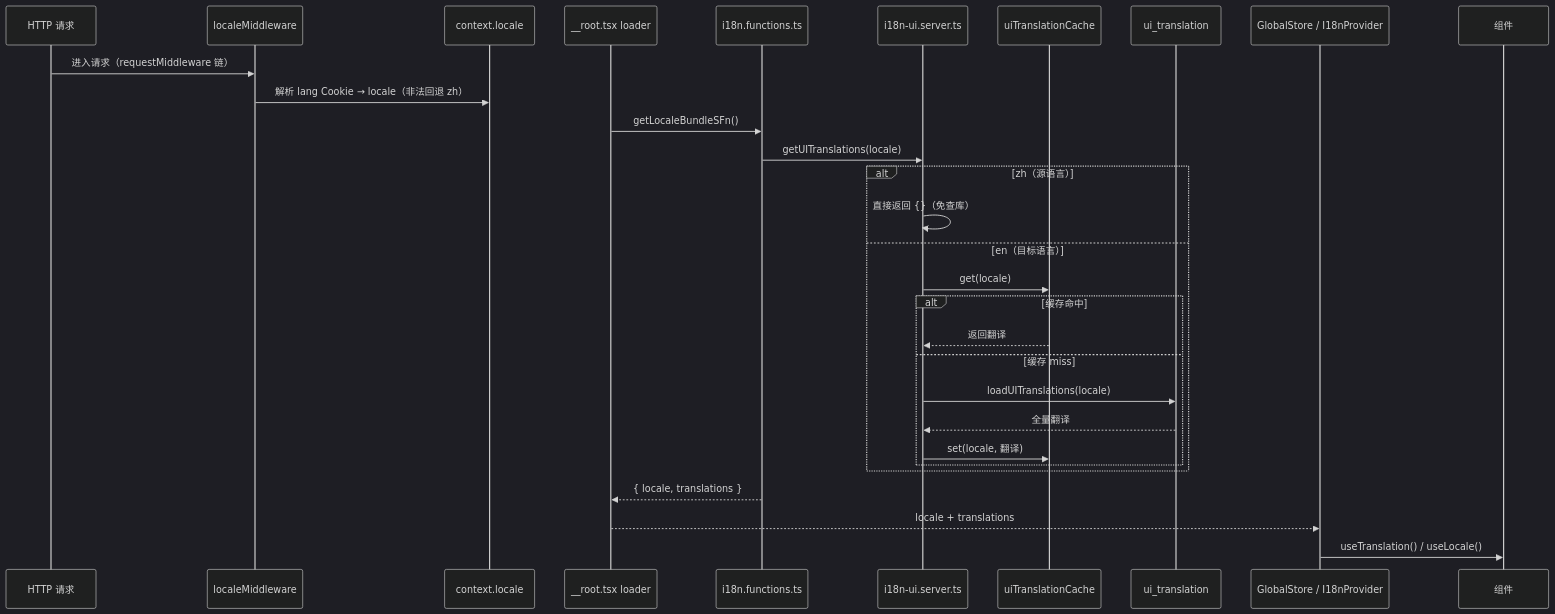
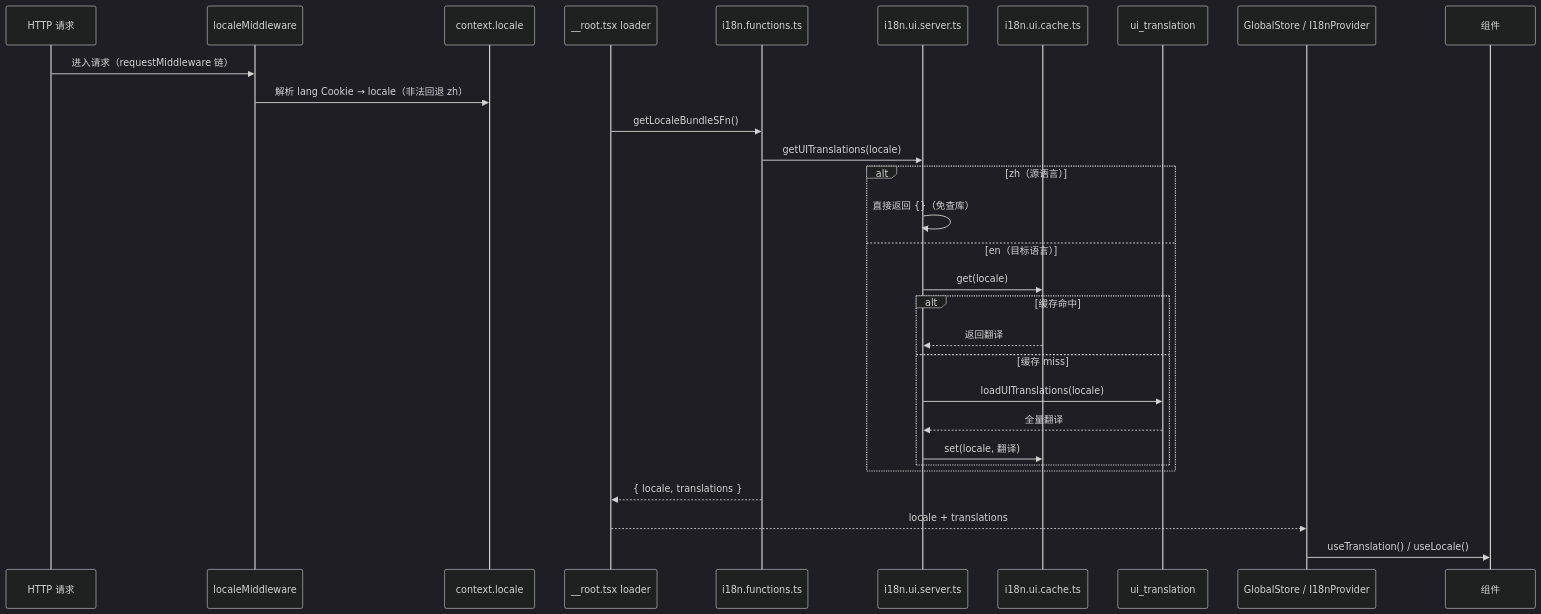
One commit to easyx-dev/fsdx changed the second of 3 diagrams in docs/i18n.md. Above: the diagram before and after it, drawn with Mermaid (dark theme). The commit also changed other lines of this file and 35 other files, not shown here.

````diff
--- a/docs/i18n.md
+++ b/docs/i18n.md
@@ -89,33 +89,33 @@
 ```mermaid
 sequenceDiagram
     participant Req as HTTP 请求
     participant MW as localeMiddleware
     participant CTX as context.locale
     participant ROOT as __root.tsx loader
     participant FN as i18n.functions.ts
-    participant UI as i18n-ui.server.ts
-    participant Cache as uiTranslationCache
+    participant UI as i18n.ui.server.ts
+    participant Cache as i18n.ui.cache.ts
     participant DB as ui_translation
     participant PROV as GlobalStore / I18nProvider
     participant C as 组件
 
     Req->>MW: 进入请求（requestMiddleware 链）
     MW->>CTX: 解析 lang Cookie → locale（非法回退 zh）
     ROOT->>FN: getLocaleBundleSFn()
     FN->>UI: getUITranslations(locale)
     alt zh（源语言）
         UI->>UI: 直接返回 {}（免查库）
     else en（目标语言）
         UI->>Cache: get(locale)
         alt 缓存命中
             Cache-->>UI: 返回翻译
         else 缓存 miss
             UI->>DB: loadUITranslations(locale)
             DB-->>UI: 全量翻译
             UI->>Cache: set(locale, 翻译)
         end
     end
     FN-->>ROOT: { locale, translations }
     ROOT-->>PROV: locale + translations
     PROV->>C: useTranslation() / useLocale()
 ```
````
